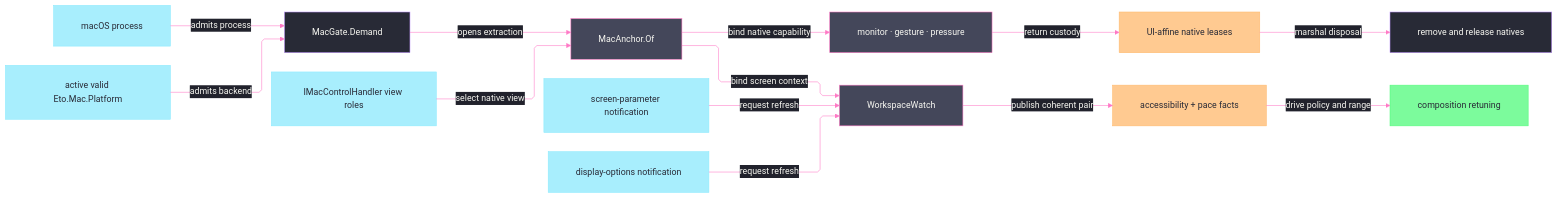
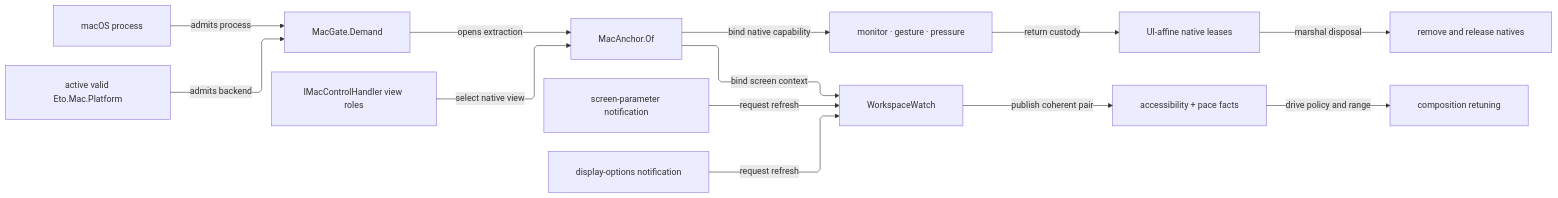
One commit to bsamiee/Rasm changed the diagram in libs/csharp/Rasm.Grasshopper/.planning/Platform/native.md. Above: the diagram before and after it, drawn with Mermaid. The commit also changed other lines of this file and 293 other files, not shown here.

````diff
--- a/libs/csharp/Rasm.Grasshopper/.planning/Platform/native.md
+++ b/libs/csharp/Rasm.Grasshopper/.planning/Platform/native.md
@@ -482,57 +486,27 @@
 ```mermaid
 ---
 config:
-  theme: base
-  look: classic
   layout: elk
   elk:
     nodePlacementStrategy: NETWORK_SIMPLEX
     considerModelOrder: NODES_AND_EDGES
   flowchart:
     curve: linear
     padding: 25
-  themeVariables:
-    darkMode: true
-    fontFamily: "SF Mono, Menlo, Cascadia Mono, Segoe UI Mono, Consolas, monospace"
-    useGradient: false
-    dropShadow: "none"
-    background: "#282A36"
-    mainBkg: "#44475A"
-    primaryColor: "#44475A"
-    primaryTextColor: "#F8F8F2"
-    primaryBorderColor: "#BD93F9"
-    nodeBorder: "#BD93F9"
-    lineColor: "#FF79C6"
-    arrowheadColor: "#FF79C6"
-    textColor: "#F8F8F2"
-    titleColor: "#D6BCFA"
-    edgeLabelBackground: "#21222C"
-    labelBackgroundColor: "#21222C"
-  themeCSS: ".nodeLabel{font-size:13px;font-weight:500}.edgeLabel{font-size:12px;font-weight:500}.cluster-label .nodeLabel{font-size:13.5px;font-weight:700;letter-spacing:.08em}.edge-thickness-normal{stroke-width:2px}.edge-thickness-thick{stroke-width:3px}.edge-pattern-dashed,.edge-pattern-dotted{stroke-width:1.5px;stroke-dasharray:4 6}.node rect,.node circle,.node polygon,.node path,.node .outer-path{stroke-width:1.5px;filter:none!important}.cluster rect{stroke-width:1px!important;stroke-dasharray:5 4!important;filter:none!important}.marker path{transform:scale(.8);transform-origin:5px 5px}.marker circle{transform:scale(.48);transform-origin:5px 5px}.edgeLabel rect{transform-box:fill-box;transform-origin:center;transform:scale(1.1,1.2)}"
 ---
 flowchart LR
     accTitle: macOS platform gate, native attachments, and changing workspace facts
     accDescr: The operating system and active Eto macOS platform admit explicit native view roles; leased monitors, gestures, pressure, and workspace observers contain callbacks and marshal their inverses; anchor-screen changes publish pacing evidence for composition retuning.
     Process["macOS process"] -->|"admits process"| Gate["MacGate.Demand"]
     Eto["active valid Eto.Mac.Platform"] -->|"admits backend"| Gate
     Gate -->|"opens extraction"| Anchor["MacAnchor.Of"]
     Roles["IMacControlHandler view roles"] -->|"select native view"| Anchor
     Anchor -->|"bind native capability"| Attach["monitor · gesture · pressure"]
     Attach -->|"return custody"| Lease["UI-affine native leases"]
     Lease -->|"marshal disposal"| Inverse["remove and release natives"]
     Anchor -->|"bind screen context"| Watch["WorkspaceWatch"]
     Screen["screen-parameter notification"] -->|"request refresh"| Watch
     Display["display-options notification"] -->|"request refresh"| Watch
     Watch -->|"publish coherent pair"| Facts["accessibility + pace facts"]
     Facts -->|"drive policy and range"| Retune["composition retuning"]
-    classDef primary fill:#44475A,stroke:#FF79C6,color:#F8F8F2
-    classDef boundary fill:#282A36,stroke:#BD93F9,color:#F8F8F2
-    classDef external fill:#8BE9FDBF,stroke:#8BE9FD,color:#282A36
-    classDef data fill:#FFB86CBF,stroke:#FFB86C,color:#282A36
-    classDef success fill:#50FA7BBF,stroke:#50FA7B,color:#282A36
-    class Process,Eto,Roles,Screen,Display external
-    class Gate,Inverse boundary
-    class Anchor,Attach,Watch primary
-    class Lease,Facts data
-    class Retune success
 ```
````
